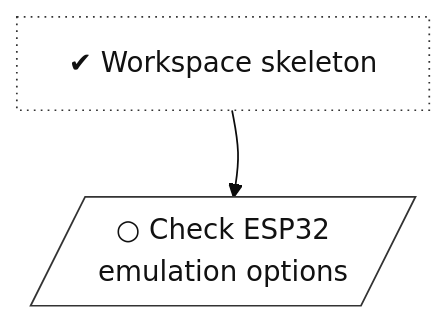
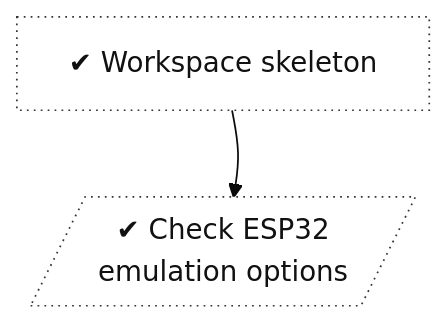
The diagram in docs/roadmap/tracks/ci.md (lhns/embedded-browser), drawn with Mermaid (base theme) before and after one commit. The commit also changed other lines of this file and 22 other files, not shown here.

First line of the commit message:
M0: S3 QEMU emulation check (image, test firmware, screenshot script, CI job, results)

````diff
--- a/docs/roadmap/tracks/ci.md
+++ b/docs/roadmap/tracks/ci.md
@@ -10,23 +10,22 @@
 ```mermaid
 flowchart TB
     ci_workspace_skeleton["✔ Workspace skeleton"]
-    ci_emulation_check[/"○ Check ESP32<br/>emulation options"/]
+    ci_emulation_check[/"✔ Check ESP32<br/>emulation options"/]
     ci_workspace_skeleton ~~~ ci_emulation_check
     ci_workspace_skeleton --> ci_emulation_check
     classDef vsucc fill:#2e9e4f,stroke:#1b6b34,color:#fff
     classDef succ fill:#bfe8c8,stroke:#2e9e4f,color:#111
     classDef mixed fill:#ffd37a,stroke:#c98a00,color:#111
     classDef bad fill:#f28b82,stroke:#b3261e,color:#111
     classDef dead fill:#e6e6e6,stroke:#777,stroke-dasharray:5 5,color:#555
     classDef inprog fill:#a8cdf5,stroke:#1f6fc5,color:#111
     classDef next fill:#fff,stroke:#333,color:#111
     classDef blocked fill:#fff,stroke:#b3261e,stroke-dasharray:2 2,color:#111
     classDef parked fill:#f3f3f3,stroke:#999,color:#555
     classDef unrated fill:#fff,stroke:#333,stroke-dasharray:1 3,color:#111
     classDef gate fill:#d9c2f0,stroke:#7b3fb5,color:#111
     classDef decided fill:#ece0f7,stroke:#7b3fb5,stroke-dasharray:2 2,color:#111
     classDef finding fill:#ffe0b2,stroke:#d84315,stroke-width:2px,color:#111
     classDef waiting fill:#e3f2fd,stroke:#1f6fc5,stroke-dasharray:5 5,color:#111
-    class ci_workspace_skeleton unrated
-    class ci_emulation_check next
+    class ci_workspace_skeleton,ci_emulation_check unrated
 ```
````
